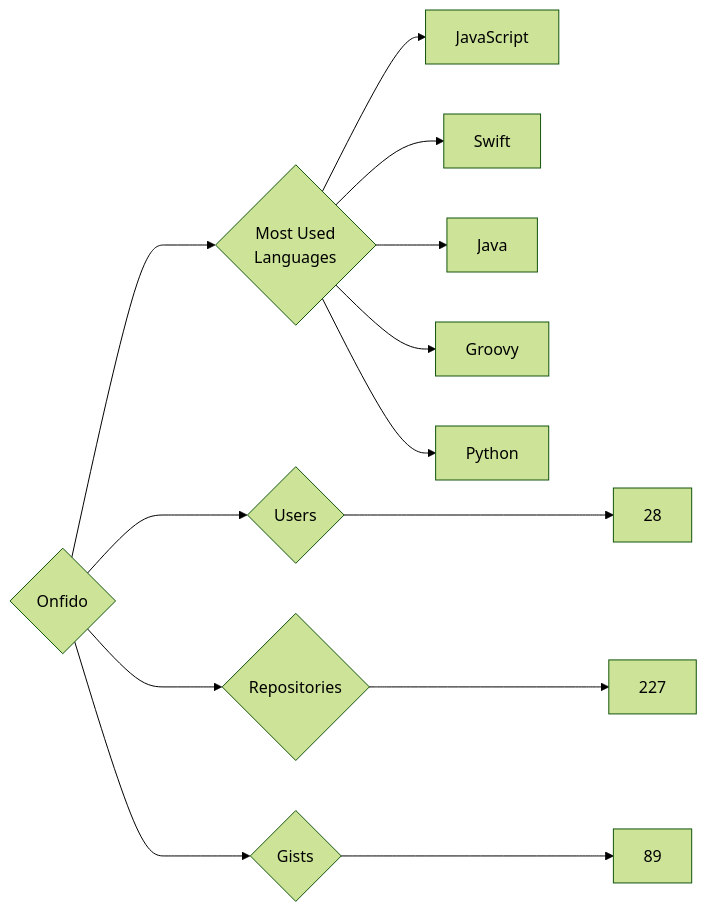
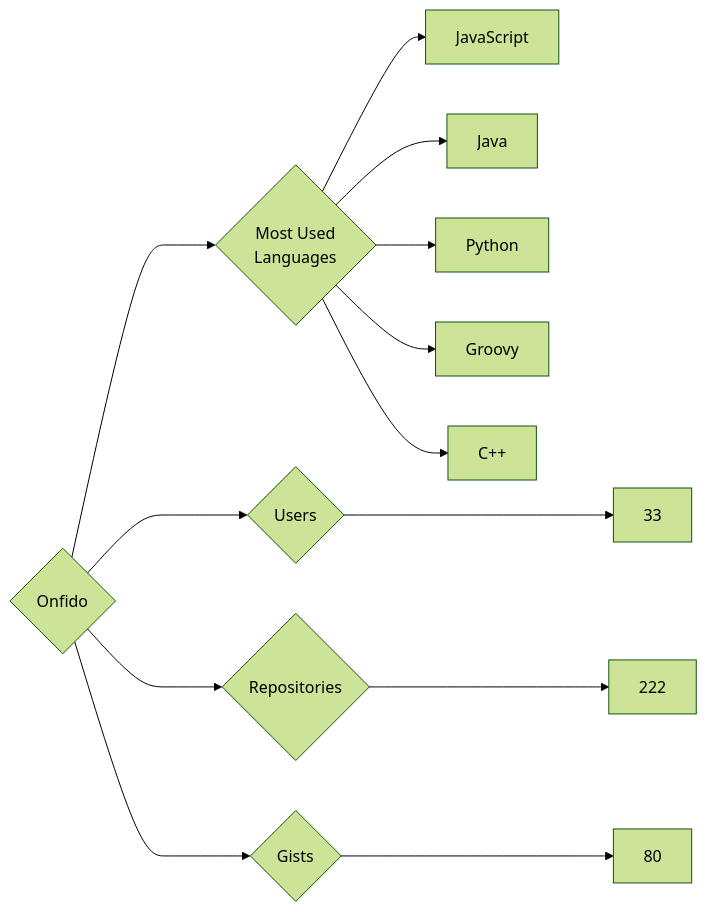
The diagram in targets/Onfido/README.md (trickest/insiders), drawn with Mermaid (forest theme) before and after one commit. The commit also changed 972 other files, not shown here.

````diff
--- a/targets/Onfido/README.md
+++ b/targets/Onfido/README.md
@@ -3,13 +3,13 @@
 ```mermaid
 graph LR
 COMPANY_NAME{Onfido}
-COMPANY_NAME ---> U{Users} ---> UN[28]
-COMPANY_NAME ---> R{Repositories} ---> RN[227]
-COMPANY_NAME ---> G{Gists} ---> GN[89]
+COMPANY_NAME ---> U{Users} ---> UN[33]
+COMPANY_NAME ---> R{Repositories} ---> RN[222]
+COMPANY_NAME ---> G{Gists} ---> GN[80]
 COMPANY_NAME ---> ML{Most Used<br>Languages}
 ML --> JavaScript[JavaScript]
-ML --> Swift[Swift]
 ML --> Java[Java]
+ML --> Python[Python]
 ML --> Groovy[Groovy]
-ML --> Python[Python]
+ML --> C++[C++]
 ```
````
